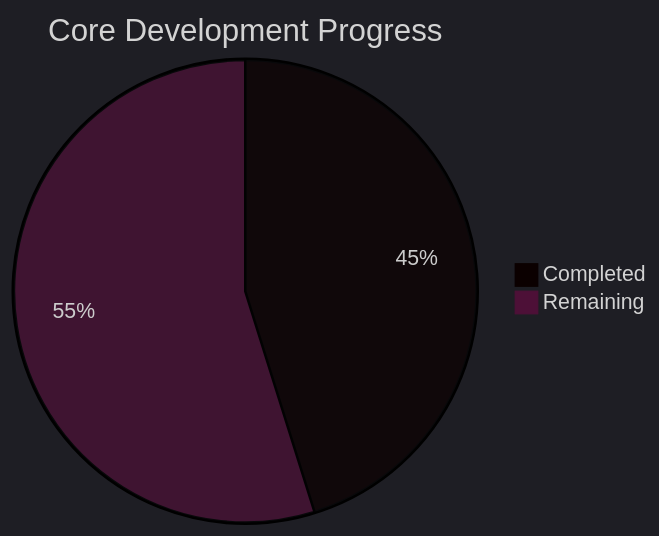
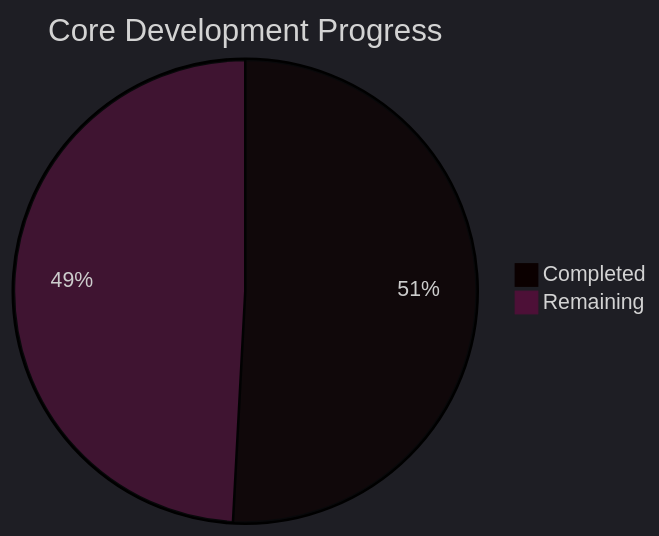
One commit to Neogleamz/SK8Lytz changed the first of 6 diagrams in tools/SK8Lytz_Bucket_List.md. Above: the diagram before and after it, drawn with Mermaid. The commit also changed other lines of this file, not shown here.

Commit message:
fix(docs): synchronize pie charts with actual task distribution and historical offset

````diff
--- a/tools/SK8Lytz_Bucket_List.md
+++ b/tools/SK8Lytz_Bucket_List.md
@@ -9,6 +9,6 @@
 ```mermaid
 %%{init: {'theme': 'dark'}}%%
 pie title Core Development Progress
-  "Completed" : 28
-  "Remaining" : 34
+  "Completed" : 30
+  "Remaining" : 29
 ```
````
